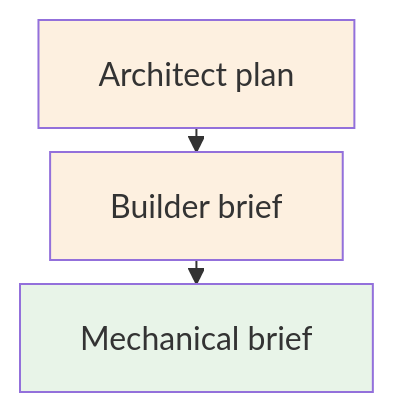
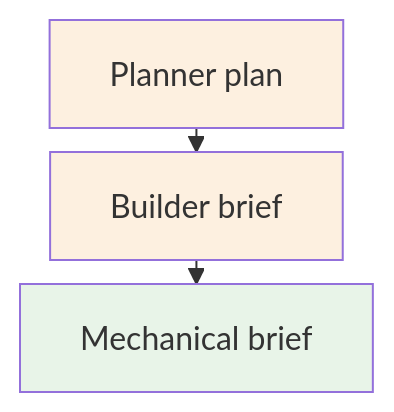
Before and after one commit to amirharati/mcp_coder: the seventh of 7 diagrams in docs/guide/tutorials/04-context-compiler.md, drawn with Mermaid. The commit also changed other lines of this file and 8 other files, not shown here.

First line of the commit message:
docs(guide): sync architecture, CLI, tools, and tutorials for shipped supervisor model.

````diff
--- a/docs/guide/tutorials/04-context-compiler.md
+++ b/docs/guide/tutorials/04-context-compiler.md
@@ -714,9 +714,9 @@
 ```mermaid
 %%{init: {'flowchart': {'nodeSpacing': 6, 'rankSpacing': 12}}}%%
 flowchart TB
-    AP[Architect plan] --> BB[Builder brief] --> MB[Mechanical brief]
+    PP[Planner plan] --> BB[Builder brief] --> MB[Mechanical brief]
 
-    style AP fill:#fdf0e0
+    style PP fill:#fdf0e0
     style BB fill:#fdf0e0
     style MB fill:#e8f4e8
 ```
````
